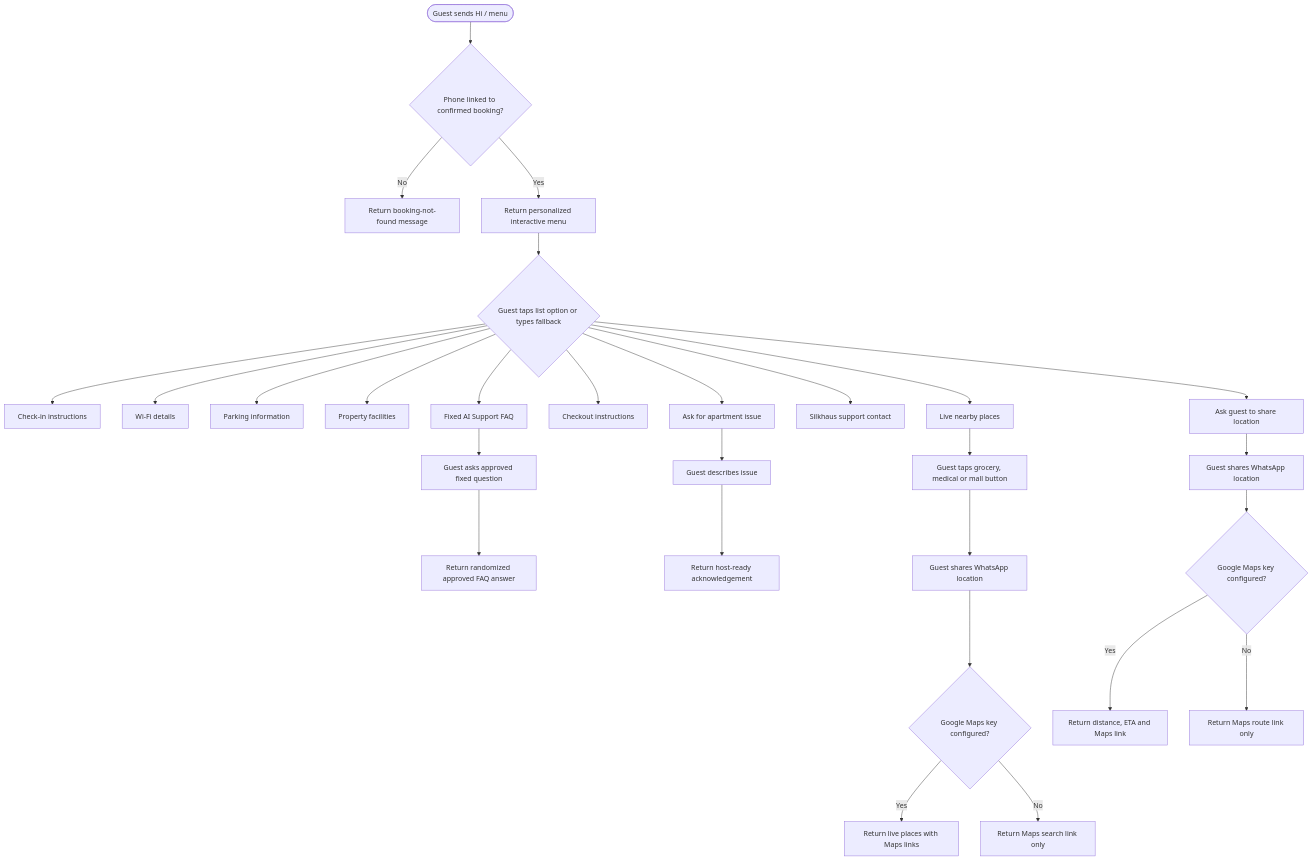
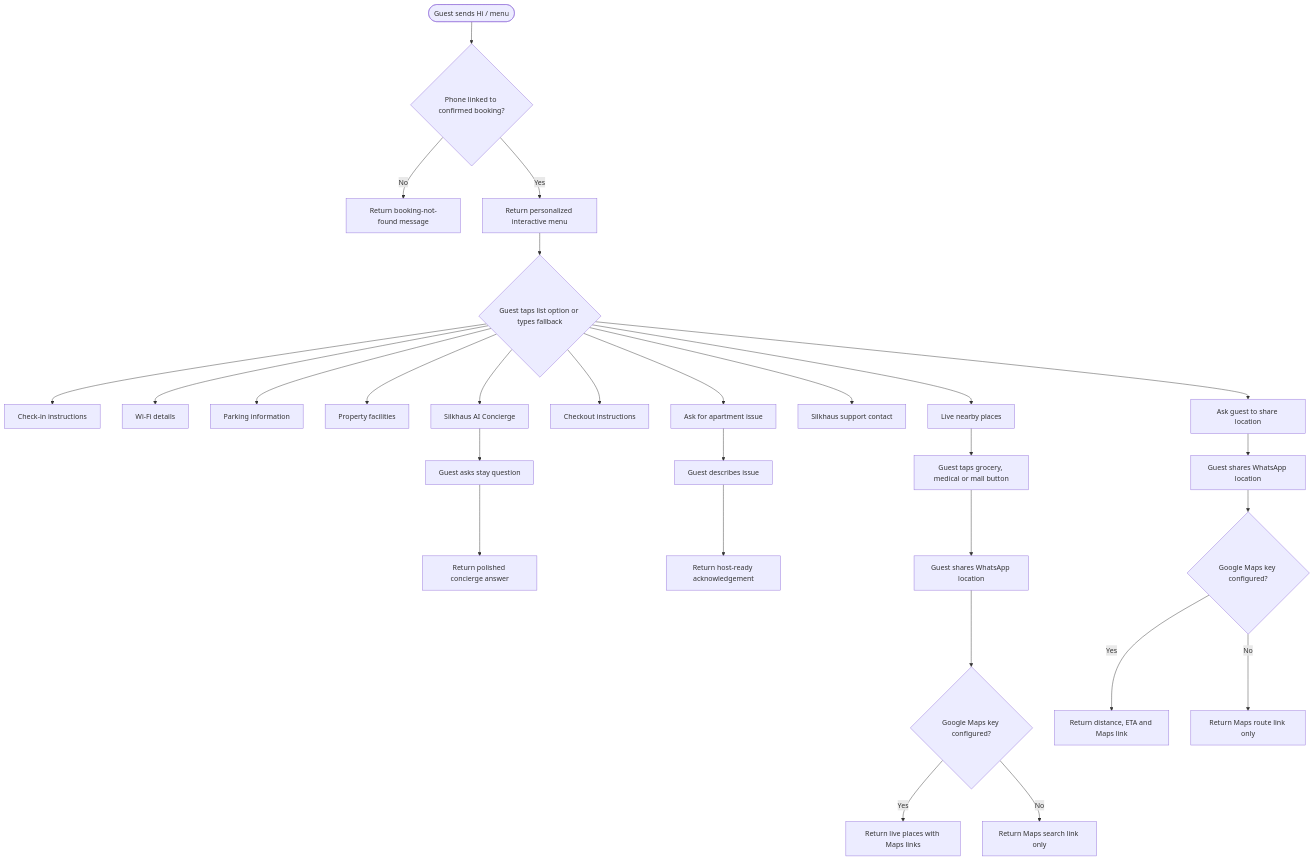
Before and after one commit to dhiraj-solace/rental-property-whatsApp-bot: the second of 3 diagrams in docs/architecture-and-activity-diagrams.md, drawn with Mermaid. The commit also changed other lines of this file and 5 other files, not shown here.

````diff
--- a/docs/architecture-and-activity-diagrams.md
+++ b/docs/architecture-and-activity-diagrams.md
@@ -39,35 +39,35 @@
 ```mermaid
 flowchart TD
     Start([Guest sends Hi / menu]) --> Lookup{"Phone linked to confirmed booking?"}
     Lookup -->|"No"| Unknown["Return booking-not-found message"]
     Lookup -->|"Yes"| Menu["Return personalized interactive menu"]
 
     Menu --> Action{"Guest taps list option or types fallback"}
     Action --> CheckIn["Check-in instructions"]
     Action --> Wifi["Wi-Fi details"]
     Action --> Parking["Parking information"]
     Action --> Facilities["Property facilities"]
     Action --> Nearby["Live nearby places"]
     Action --> Checkout["Checkout instructions"]
-    Action --> AISupport["Fixed AI Support FAQ"]
+    Action --> AISupport["Silkhaus AI Concierge"]
     Action --> Contact["Silkhaus support contact"]
     Action --> Issue["Ask for apartment issue"]
     Action --> Directions["Ask guest to share location"]
 
-    AISupport --> FixedQuestion["Guest asks approved fixed question"]
-    FixedQuestion --> FAQAnswer["Return randomized approved FAQ answer"]
+    AISupport --> GuestQuestion["Guest asks stay question"]
+    GuestQuestion --> ConciergeAnswer["Return polished concierge answer"]
 
     Issue --> IssueText["Guest describes issue"]
     IssueText --> IssueAck["Return host-ready acknowledgement"]
 
     Nearby --> NearbyCategory["Guest taps grocery, medical or mall button"]
     NearbyCategory --> NearbyLocation["Guest shares WhatsApp location"]
     NearbyLocation --> Places{"Google Maps key configured?"}
     Places -->|"Yes"| LivePlaces["Return live places with Maps links"]
     Places -->|"No"| SearchLink["Return Maps search link only"]
 
     Directions --> Location["Guest shares WhatsApp location"]
     Location --> Maps{"Google Maps key configured?"}
     Maps -->|"Yes"| LiveRoute["Return distance, ETA and Maps link"]
     Maps -->|"No"| LinkOnly["Return Maps route link only"]
 ```
````
